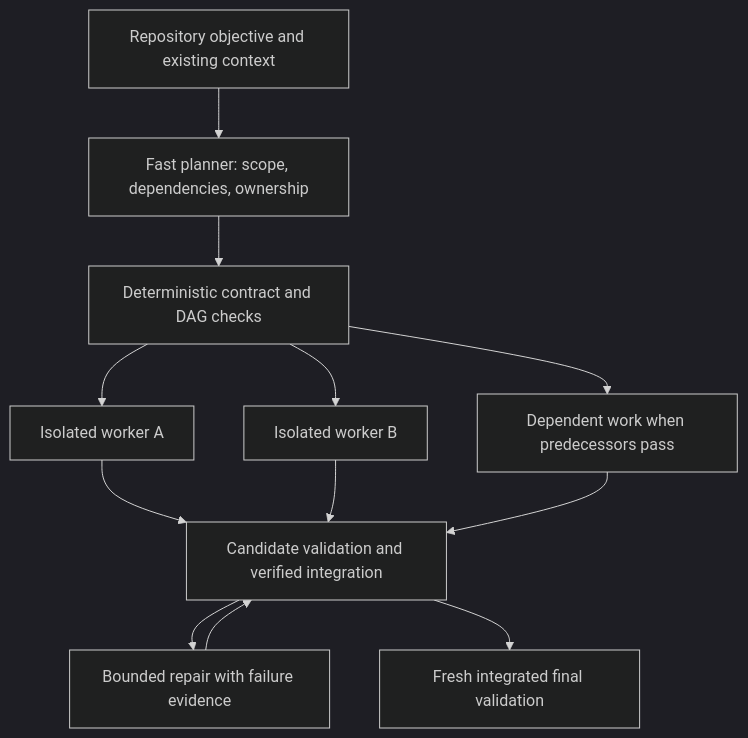
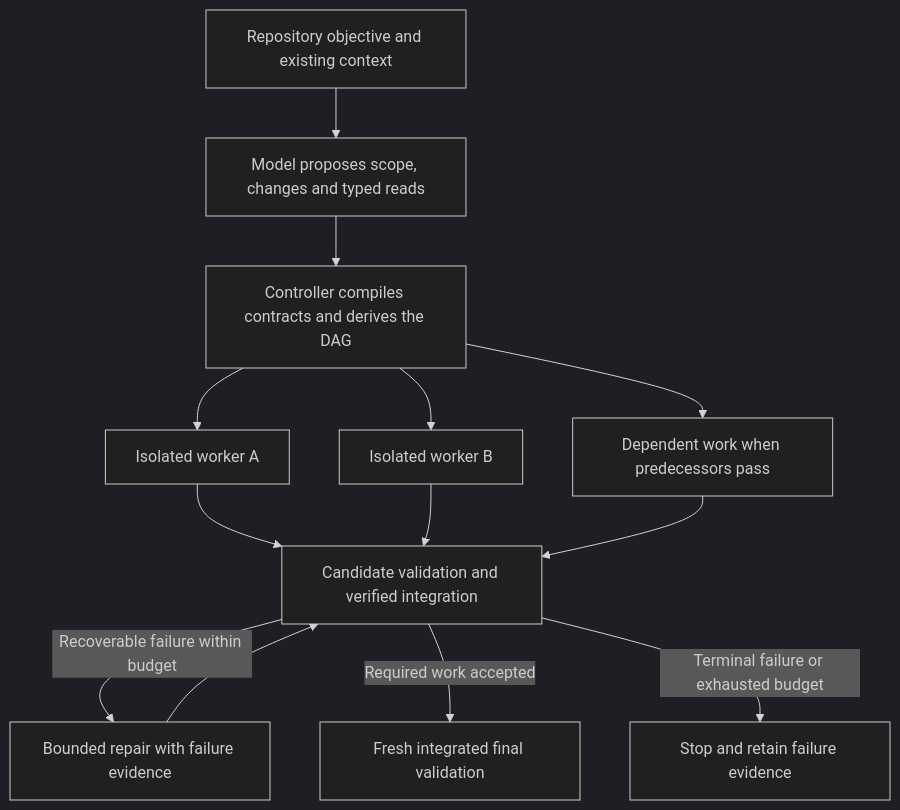
One commit to snehalyelmati/fanout changed the diagram in docs/STUDY.md. Above: the diagram before and after it, drawn with Mermaid (dark theme). The commit also changed other lines of this file and 4 other files, not shown here.

````diff
--- a/docs/STUDY.md
+++ b/docs/STUDY.md
@@ -15,14 +21,15 @@
 ```mermaid
 flowchart TD
-  O[Repository objective and existing context] --> P[Fast planner: scope, dependencies, ownership]
-  P --> C[Deterministic contract and DAG checks]
+  O[Repository objective and existing context] --> P[Model proposes scope, changes and typed reads]
+  P --> C[Controller compiles contracts and derives the DAG]
   C --> A[Isolated worker A]
   C --> B[Isolated worker B]
   C --> D[Dependent work when predecessors pass]
   A --> V[Candidate validation and verified integration]
   B --> V
   D --> V
-  V --> R[Bounded repair with failure evidence]
+  V -->|Recoverable failure within budget| R[Bounded repair with failure evidence]
   R --> V
-  V --> F[Fresh integrated final validation]
+  V -->|Required work accepted| F[Fresh integrated final validation]
+  V -->|Terminal failure or exhausted budget| S[Stop and retain failure evidence]
 ```
````
